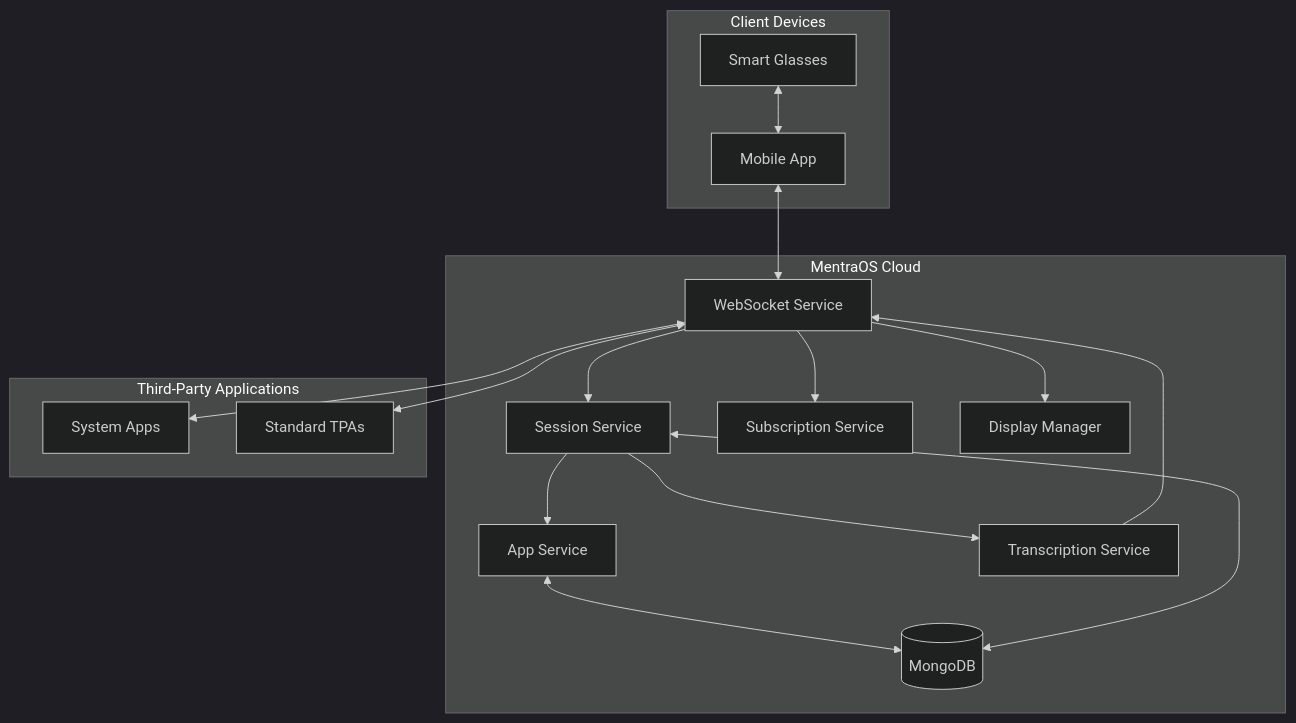
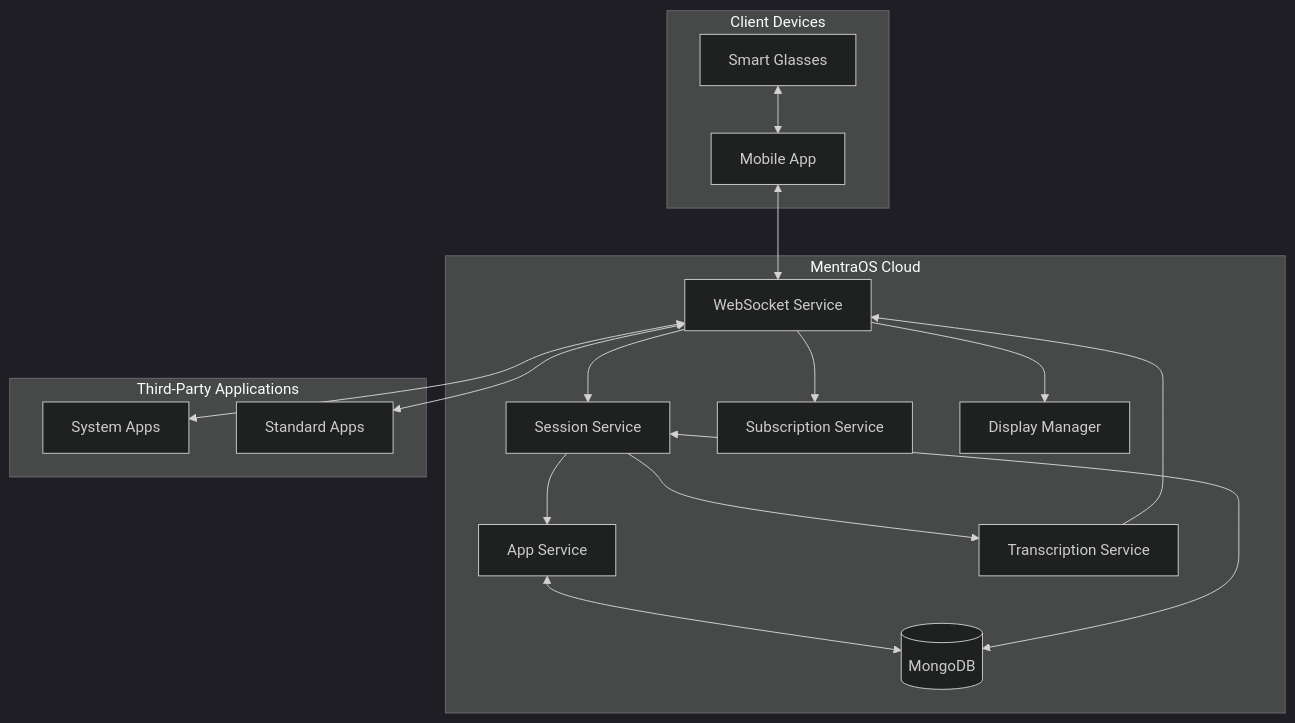
The first of 4 diagrams in augmentos_cloud/docs/1. SYSTEM-ARCHITECTURE.md (ebowwa/MentraOS), drawn with Mermaid (dark theme) before and after one commit. The commit also changed other lines of this file and 280 other files, not shown here.

Commit message:
change tpa to app in text

````diff
--- a/augmentos_cloud/docs/1. SYSTEM-ARCHITECTURE.md
+++ b/augmentos_cloud/docs/1. SYSTEM-ARCHITECTURE.md
@@ -13,39 +13,39 @@
 ```mermaid
 graph TD
     subgraph "Client Devices"
         Glasses[Smart Glasses]
         Phone[Mobile App]
     end
 
     subgraph "MentraOS Cloud"
         WebSocket[WebSocket Service]
         Session[Session Service]
         App[App Service]
         Subscription[Subscription Service]
         Transcription[Transcription Service]
         Display[Display Manager]
         DB[(MongoDB)]
     end
 
     subgraph "Third-Party Applications"
-        TPA1[System Apps]
-        TPA2[Standard TPAs]
+        App1[System Apps]
+        App2[Standard Apps]
     end
 
     Glasses <--> Phone
     Phone <--> WebSocket
 
     WebSocket --> Session
     WebSocket --> Subscription
     WebSocket --> Display
 
     Session --> Transcription
     Session --> App
     Transcription --> WebSocket
 
-    WebSocket <--> TPA1
-    WebSocket <--> TPA2
+    WebSocket <--> App1
+    WebSocket <--> App2
 
     App <--> DB
     Session <--> DB
 ```
````
